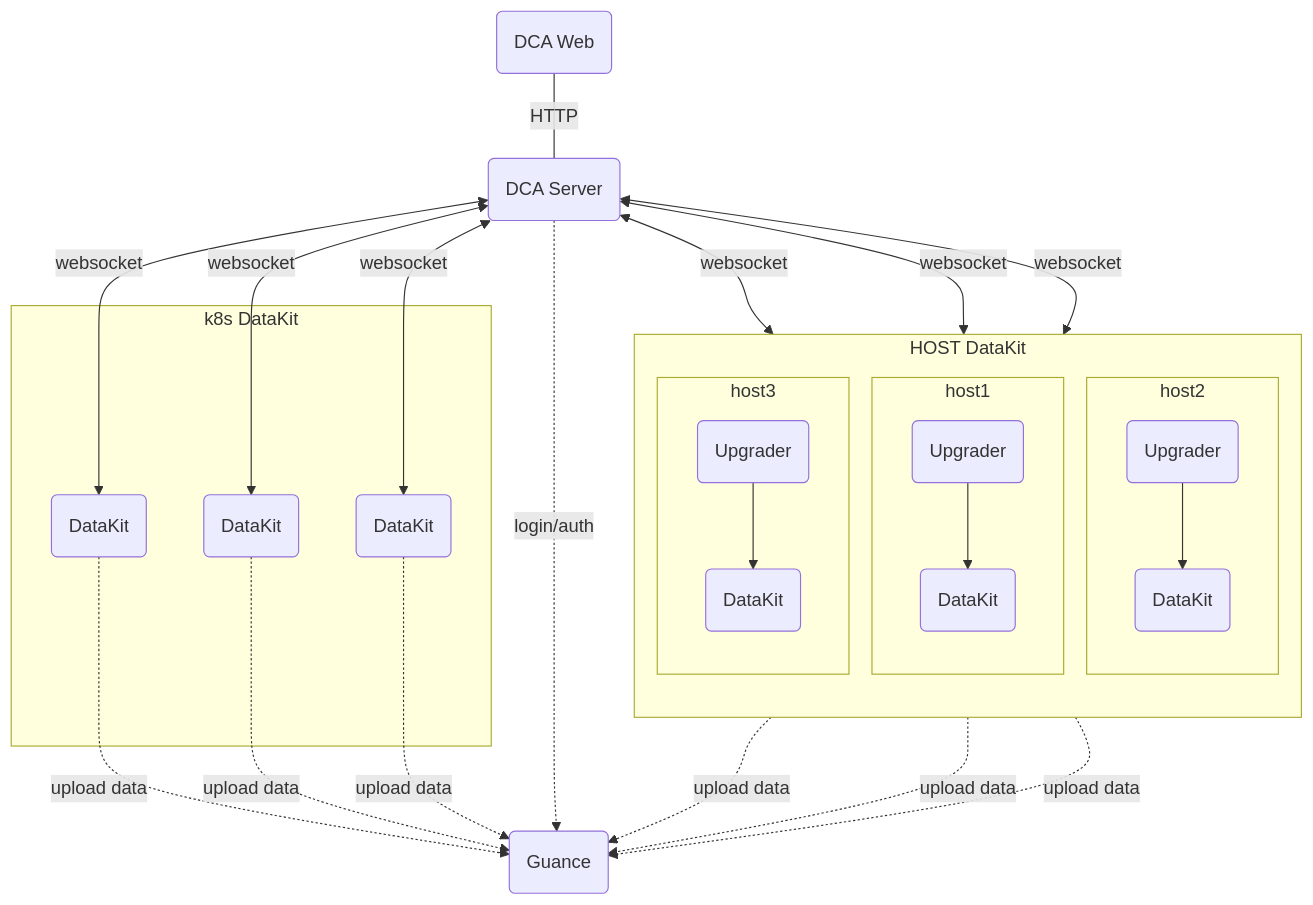
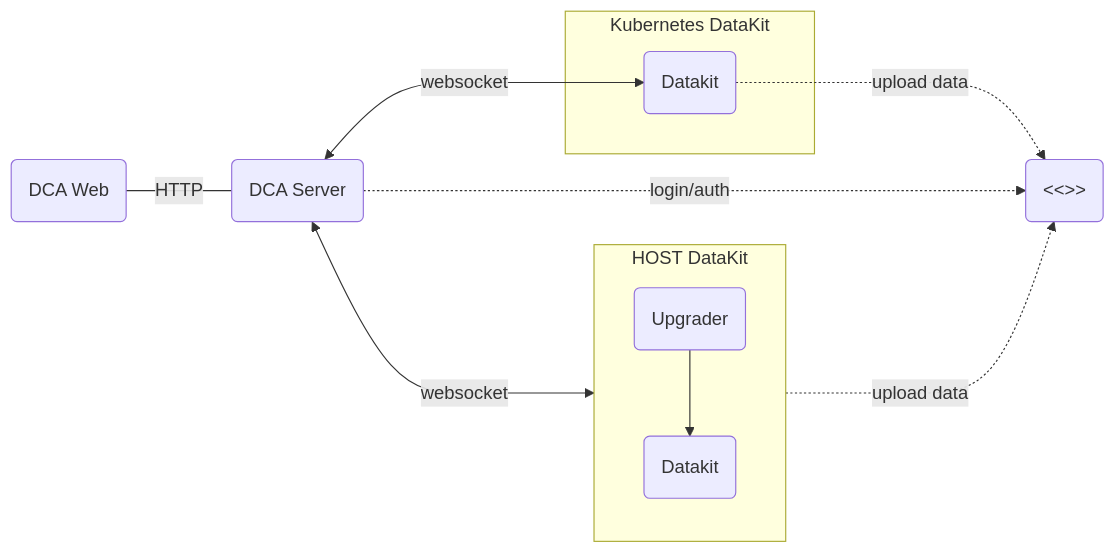
The diagram in internal/export/doc/en/dca.md (GuanceCloud/datakit), drawn with Mermaid before and after one commit. The commit also changed other lines of this file and 333 other files, not shown here.

Commit message:
refact: datakit multile brand build and publish

````diff
--- a/internal/export/doc/en/dca.md
+++ b/internal/export/doc/en/dca.md
@@ -16,47 +16,30 @@
 ```mermaid
-flowchart TB;
+flowchart LR;
 
 dca_server(DCA Server);
 dca_web(DCA Web);
 dk_upgrader1(Upgrader);
-dk_upgrader2(Upgrader);
-dk_upgrader3(Upgrader);
-dk1(DataKit);
-dk2(DataKit);
-dk3(DataKit);
-k8s_dk1(DataKit);
-k8s_dk2(DataKit);
-k8s_dk3(DataKit);
-guance(Guance);
+
+dk1(Datakit);
+
+k8s_dk1(Datakit);
+
+brand_name("<<<custom_key.brand_name>>>");
 
 subgraph HOST DataKit
     direction TB;
-    subgraph host_sub1 ["host1"]
-        dk_upgrader1 --> dk1;         
-    end
-    subgraph host_sub2 ["host2"]
-        dk_upgrader2 --> dk2;    
-    end
-    subgraph host_sub3 ["host3"]
-        dk_upgrader3 --> dk3;       
-    end
+    dk_upgrader1 --> dk1;         
 end
 
-subgraph k8s DataKit
+subgraph "Kubernetes DataKit"
  k8s_dk1
- k8s_dk2
- k8s_dk3
 end
     
-dk1 -.-> |upload data|guance;
-dk2 -.-> |upload data|guance;
-dk3 -.-> |upload data|guance;
-k8s_dk1 -.-> |upload data|guance;
-k8s_dk2 -.-> |upload data|guance;
-k8s_dk3 -.-> |upload data|guance;
+dk1 -..-> |upload data|brand_name;
+k8s_dk1 -..-> |upload data|brand_name;
 
-dca_server <--> |websocket| dk_upgrader1 & dk_upgrader2 & dk_upgrader3 & k8s_dk1 & k8s_dk2 & k8s_dk3
+dca_server <---> |websocket| dk_upgrader1 & k8s_dk1
 dca_web -- HTTP --- dca_server;
 
-dca_server -.-> |login/auth| guance;
+dca_server -.-> |login/auth| brand_name;
 ```
````
